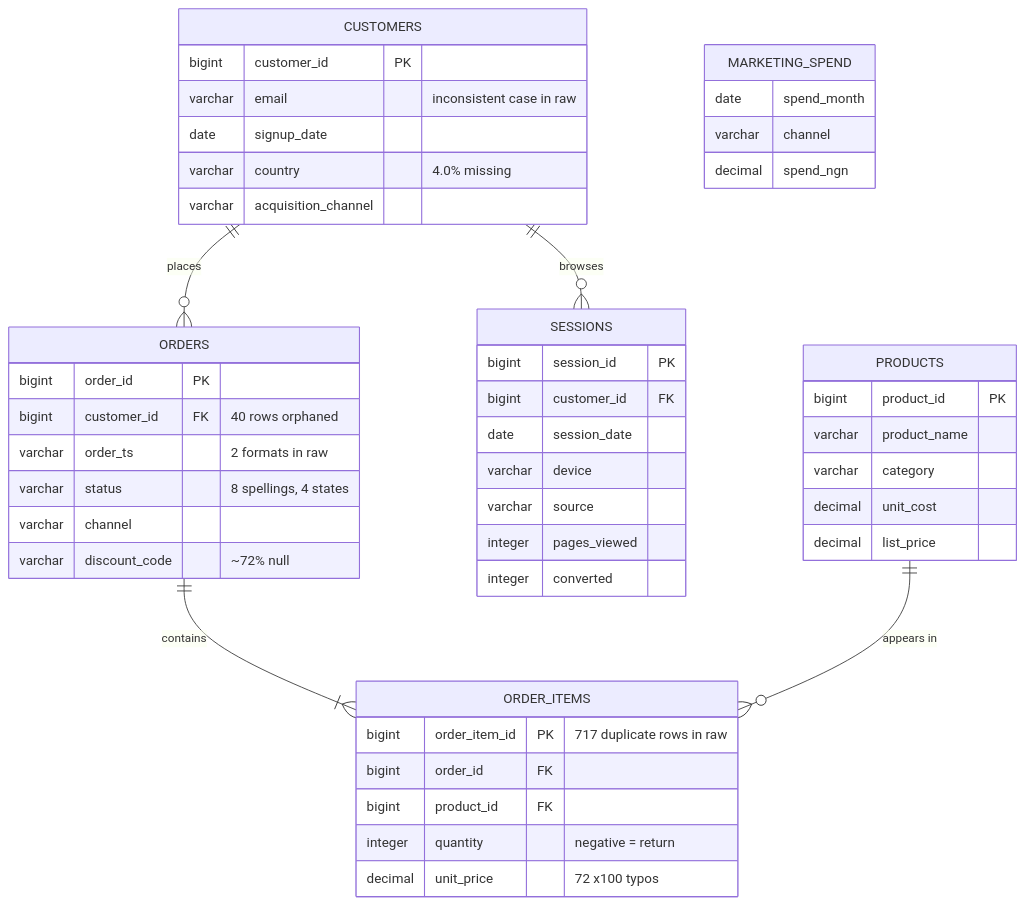
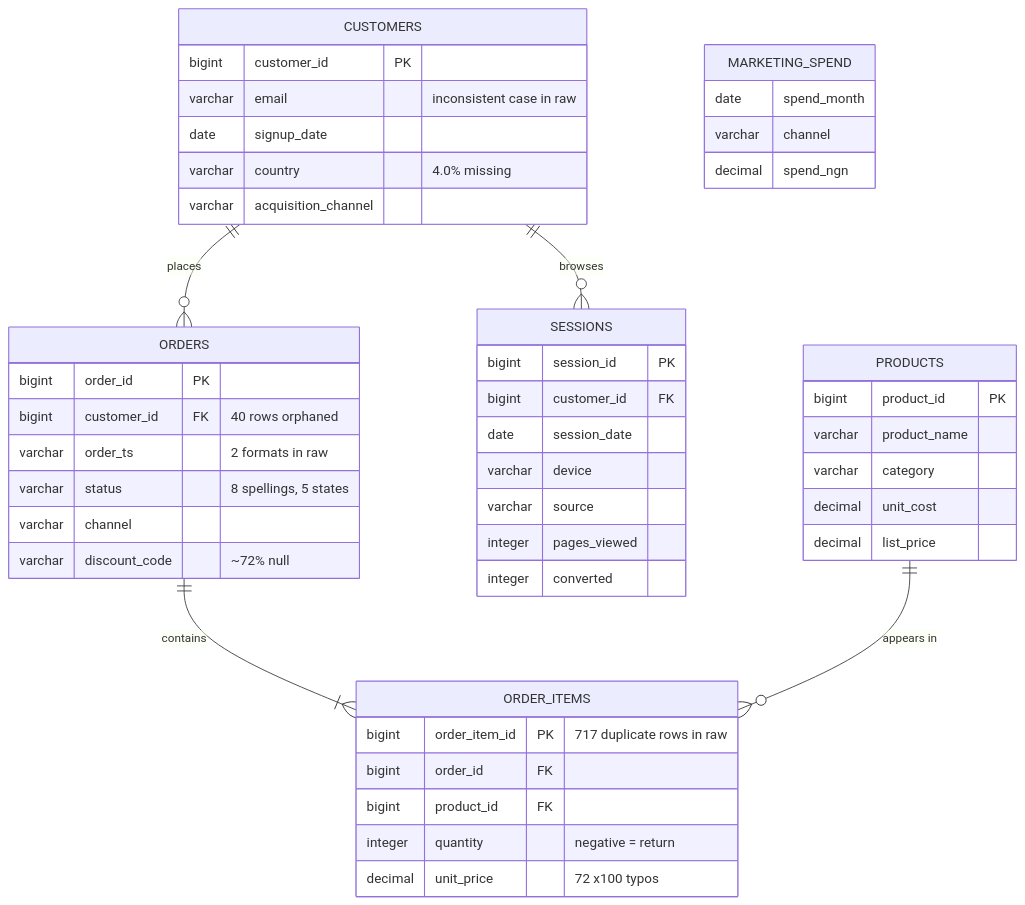
Before and after one commit to Phrheke/dataAnalyst-portfolio: the diagram in 01-sql-retail-warehouse/schema/ERD.md, drawn with Mermaid. The commit also changed 5 other files, not shown here.

````diff
--- a/01-sql-retail-warehouse/schema/ERD.md
+++ b/01-sql-retail-warehouse/schema/ERD.md
@@ -7,51 +7,51 @@
 ```mermaid
 erDiagram
     CUSTOMERS  ||--o{ ORDERS      : places
     CUSTOMERS  ||--o{ SESSIONS    : browses
     ORDERS     ||--|{ ORDER_ITEMS : contains
     PRODUCTS   ||--o{ ORDER_ITEMS : "appears in"
 
     CUSTOMERS {
         bigint customer_id PK
         varchar email "inconsistent case in raw"
         date    signup_date
         varchar country "4.0% missing"
         varchar acquisition_channel
     }
     ORDERS {
         bigint    order_id PK
         bigint    customer_id FK "40 rows orphaned"
         varchar   order_ts "2 formats in raw"
-        varchar   status "8 spellings, 4 states"
+        varchar   status "8 spellings, 5 states"
         varchar   channel
         varchar   discount_code "~72% null"
     }
     ORDER_ITEMS {
         bigint  order_item_id PK "717 duplicate rows in raw"
         bigint  order_id FK
         bigint  product_id FK
         integer quantity "negative = return"
         decimal unit_price "72 x100 typos"
     }
     PRODUCTS {
         bigint  product_id PK
         varchar product_name
         varchar category
         decimal unit_cost
         decimal list_price
     }
     SESSIONS {
         bigint  session_id PK
         bigint  customer_id FK
         date    session_date
         varchar device
         varchar source
         integer pages_viewed
         integer converted
     }
     MARKETING_SPEND {
         date    spend_month
         varchar channel
         decimal spend_ngn
     }
 ```
````
